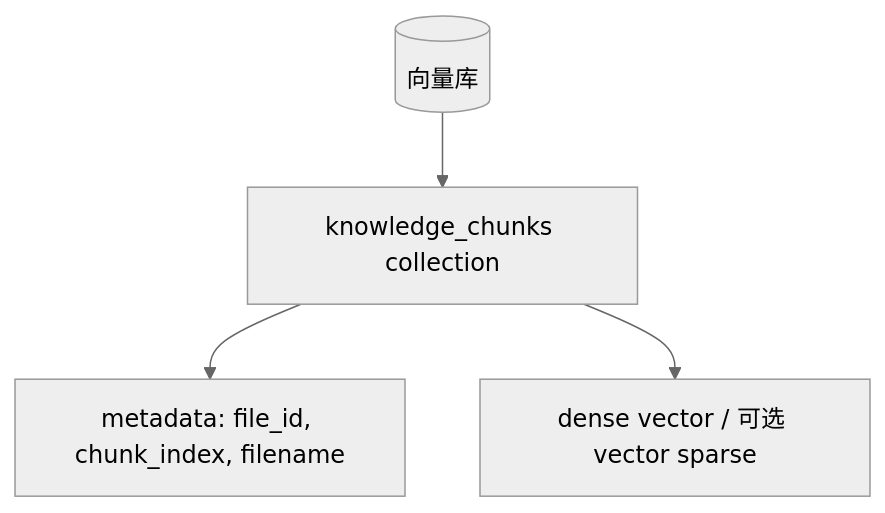
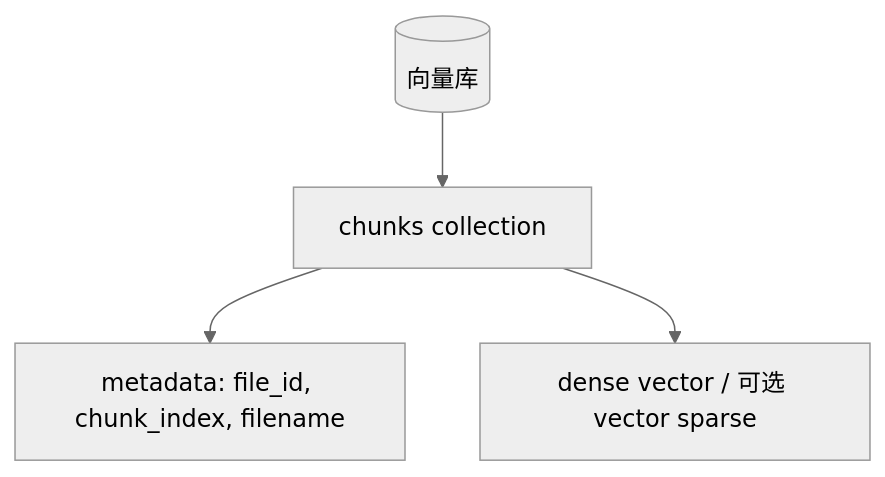
The third of 5 diagrams in docs/architecture.md (guobinqiu/new_brain), drawn with Mermaid (neutral theme) before and after one commit. The commit also changed other lines of this file and 61 other files, not shown here.

````diff
--- a/docs/architecture.md
+++ b/docs/architecture.md
@@ -95,9 +134,9 @@
 ```mermaid
 flowchart TB
   VectorDB[("向量库")]
 
-  VectorDB --> Chunks["knowledge_chunks collection"]
+  VectorDB --> Chunks["chunks collection"]
 
   Chunks --> Metadata["metadata: file_id, chunk_index, filename"]
   Chunks --> Vectors["dense vector / 可选 vector sparse"]
 ```
````
